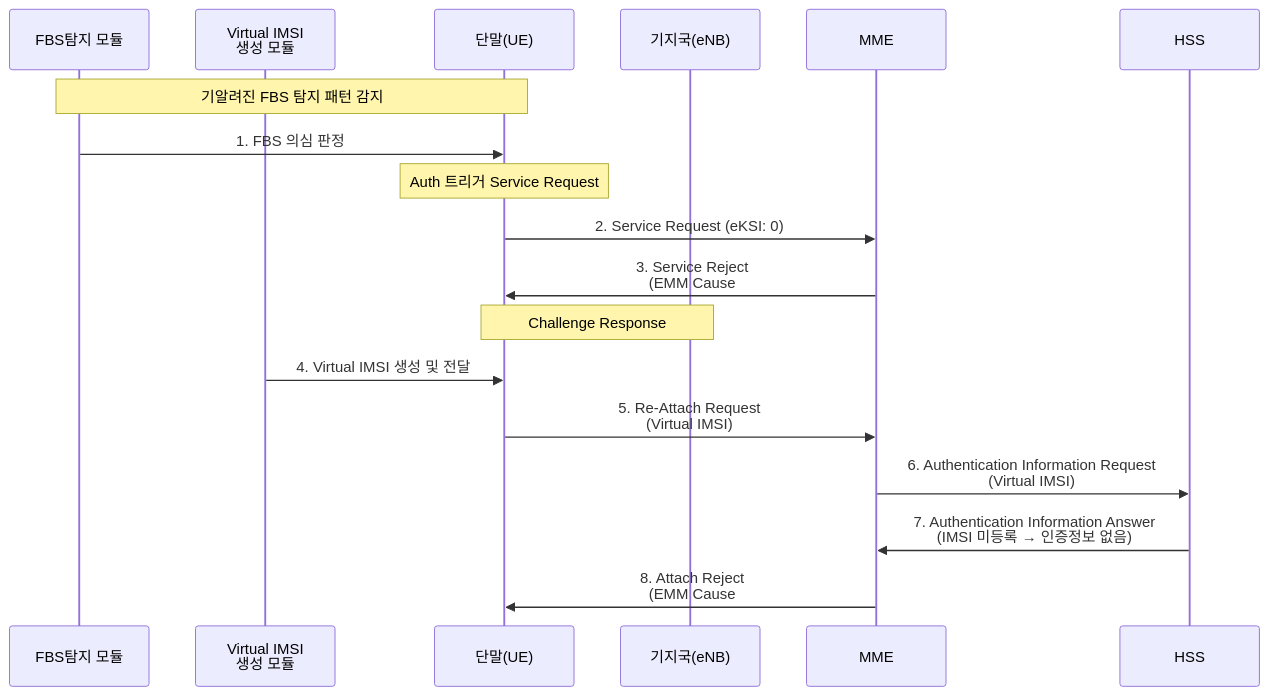
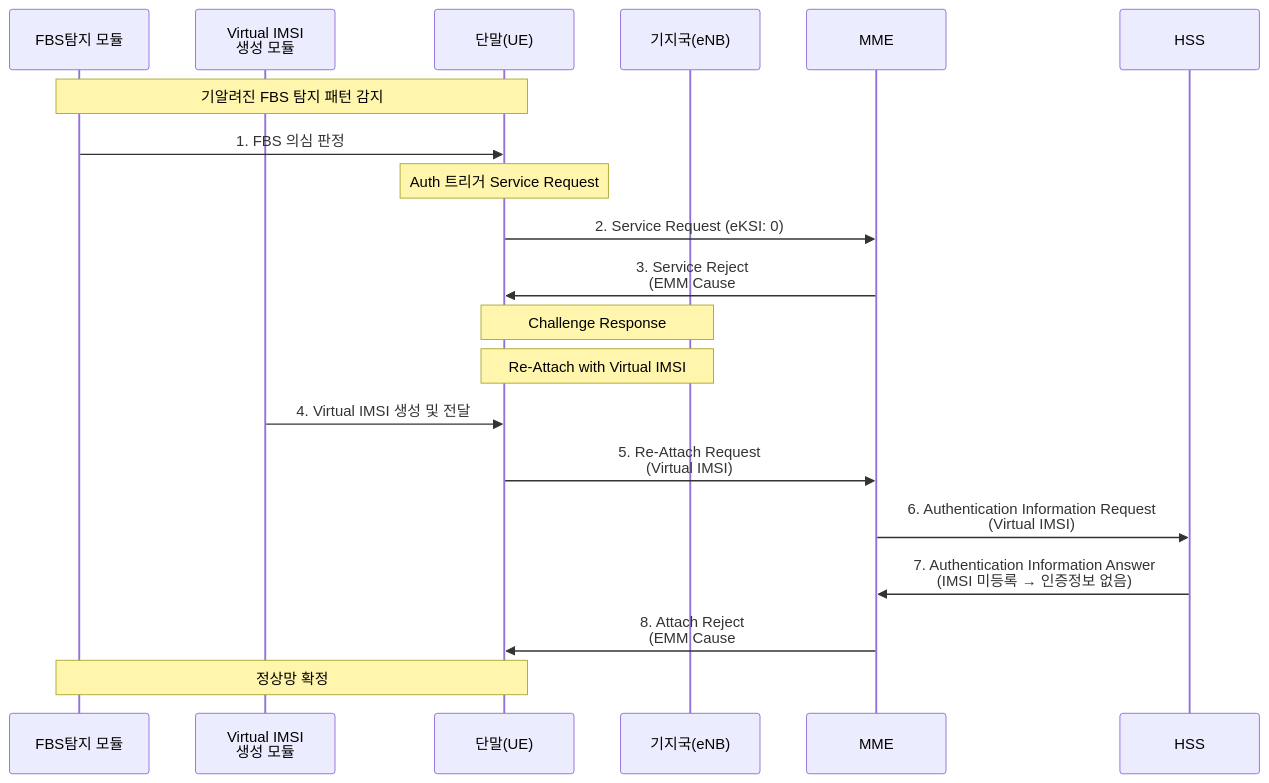
One commit to brianrobo/new-idea-flow changed the third of 4 diagrams in sequence.md. Above: the diagram before and after it, drawn with Mermaid. The commit also changed other lines of this file, not shown here.

````diff
--- a/sequence.md
+++ b/sequence.md
@@ -45,21 +45,23 @@
 ```mermaid
 sequenceDiagram
     participant FBS as FBS탐지 모듈
     participant VIMSI as Virtual IMSI<br/>생성 모듈
     participant UE as 단말(UE)
     participant eNB as 기지국(eNB)
     participant MME as MME
     participant HSS as HSS
 
     Note over FBS,UE: 기알려진 FBS 탐지 패턴 감지
     FBS->>UE: 1. FBS 의심 판정
     Note over UE: Auth 트리거 Service Request
     UE->>MME: 2. Service Request (eKSI: 0)
     MME->>UE: 3. Service Reject<br/>(EMM Cause #9 또는 #10)
     Note over UE,eNB: Challenge Response
+    Note over UE,eNB: Re-Attach with Virtual IMSI
     VIMSI->>UE: 4. Virtual IMSI 생성 및 전달
     UE->>MME: 5. Re-Attach Request<br/>(Virtual IMSI)
     MME->>HSS: 6. Authentication Information Request<br/>(Virtual IMSI)
     HSS->>MME: 7. Authentication Information Answer<br/>(IMSI 미등록 → 인증정보 없음)
     MME->>UE: 8. Attach Reject<br/>(EMM Cause #2 또는 #8)
+    Note over FBS,UE: 정상망 확정
 ```
````
